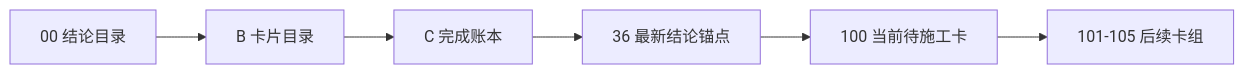
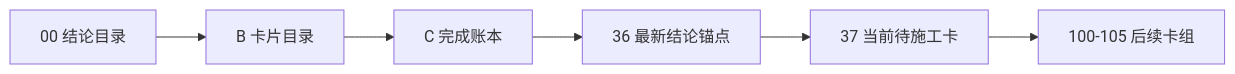
One commit to everything-is-simple/lifespan-0.01 changed the diagram in docs/03-execution/A-execution-reading-order-20260409.md. Above: the diagram before and after it, drawn with Mermaid. The commit also changed other lines of this file and 32 other files, not shown here.

````diff
--- a/docs/03-execution/A-execution-reading-order-20260409.md
+++ b/docs/03-execution/A-execution-reading-order-20260409.md
@@ -24,8 +25,8 @@
 ```mermaid
 flowchart LR
     CONC["00 结论目录"] --> BCAT["B 卡片目录"]
     BCAT --> CLED["C 完成账本"]
     CLED --> ANC["36 最新结论锚点"]
-    ANC --> NEXT["100 当前待施工卡"]
-    NEXT --> POST["101-105 后续卡组"]
+    ANC --> NEXT["37 当前待施工卡"]
+    NEXT --> POST["100-105 后续卡组"]
 ```
````
